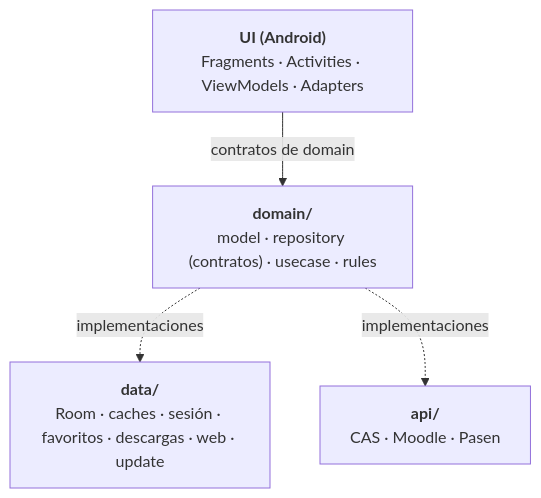
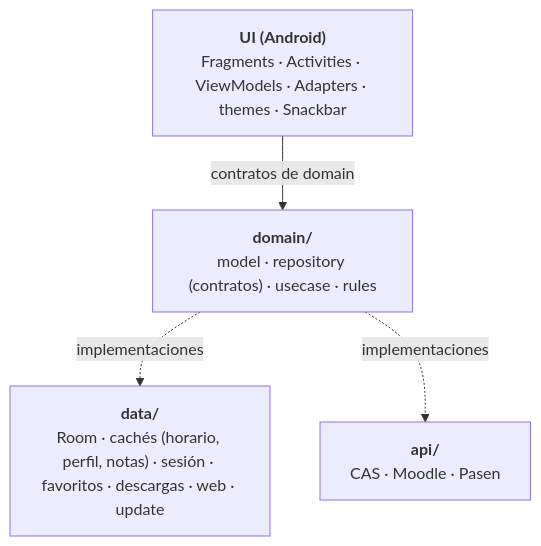
Before and after one commit to gh0st-2202/iMoodle: the diagram in README.md, drawn with Mermaid. The commit also changed other lines of this file and 136 other files, not shown here.

````diff
--- a/README.md
+++ b/README.md
@@ -90,11 +104,11 @@
 ```mermaid
 flowchart TD
-    UI["<b>UI (Android)</b><br/>Fragments · Activities · ViewModels · Adapters"]
+    UI["<b>UI (Android)</b><br/>Fragments · Activities · ViewModels · Adapters · themes · Snackbar"]
     DOMAIN["<b>domain/</b><br/>model · repository (contratos) · usecase · rules"]
-    DATA["<b>data/</b><br/>Room · caches · sesión · favoritos · descargas · web · update"]
+    DATA["<b>data/</b><br/>Room · cachés (horario, perfil, notas) · sesión · favoritos · descargas · web · update"]
     API["<b>api/</b><br/>CAS · Moodle · Pasen"]
 
     UI -->|"contratos de domain"| DOMAIN
     DOMAIN -.->|"implementaciones"| DATA
     DOMAIN -.->|"implementaciones"| API
 ```
````
